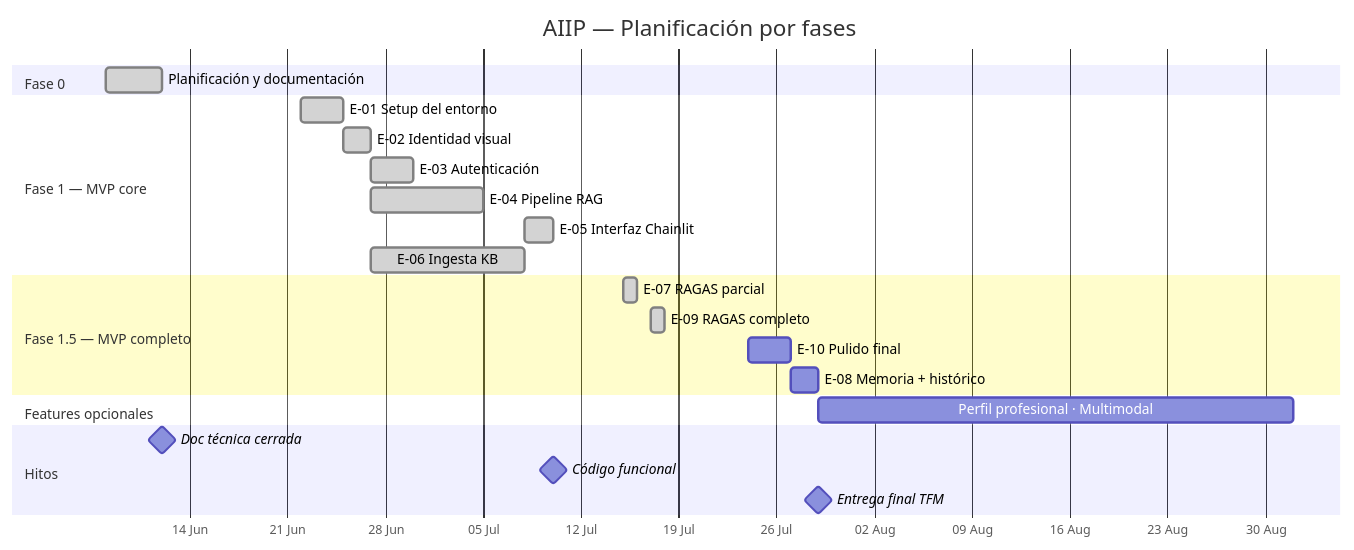
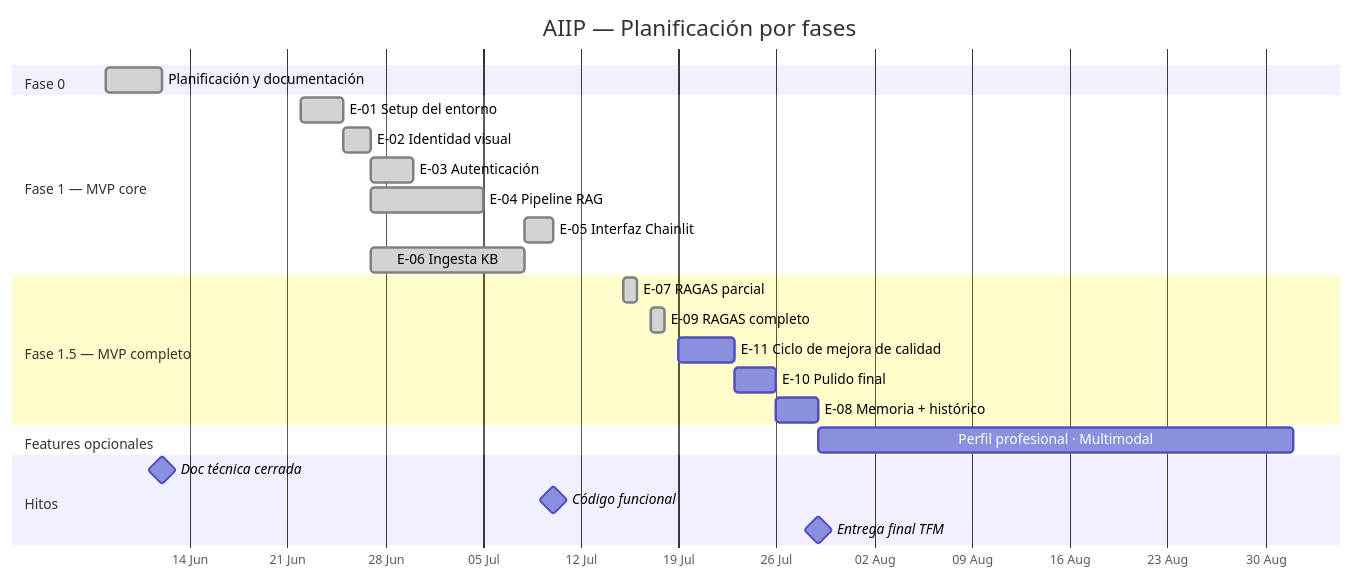
Before and after one commit to mimpho/aiip: the diagram in README.md, drawn with Mermaid. The commit also changed other lines of this file and 4 other files, not shown here.

````diff
--- a/README.md
+++ b/README.md
@@ -65,31 +66,32 @@
 ```mermaid
 gantt
     title AIIP — Planificación por fases
     dateFormat  YYYY-MM-DD
     axisFormat  %d %b
 
     section Fase 0
     Planificación y documentación     :done,    f0, 2026-06-08, 2026-06-12
 
     section Fase 1 — MVP core
     E-01 Setup del entorno            :done,    e01, 2026-06-22, 2026-06-25
     E-02 Identidad visual             :done,    e02, 2026-06-25, 2026-06-27
     E-03 Autenticación                :done,    e03, 2026-06-27, 2026-06-30
     E-04 Pipeline RAG                 :done,    e04, 2026-06-27, 2026-07-05
     E-05 Interfaz Chainlit            :done,    e05, 2026-07-08, 2026-07-10
     E-06 Ingesta KB                   :done,    e06, 2026-06-27, 2026-07-08
 
     section Fase 1.5 — MVP completo
     E-07 RAGAS parcial                :done,    e07, 2026-07-15, 2026-07-16
     E-09 RAGAS completo                :done,    e09, 2026-07-17, 2026-07-18
-    E-10 Pulido final                 :         e10, 2026-07-24, 2026-07-27
-    E-08 Memoria + histórico          :         e08, 2026-07-27, 2026-07-29
+    E-11 Ciclo de mejora de calidad   :         e11, 2026-07-19, 2026-07-23
+    E-10 Pulido final                 :         e10, 2026-07-23, 2026-07-26
+    E-08 Memoria + histórico          :         e08, 2026-07-26, 2026-07-29
 
     section Features opcionales
     Perfil profesional · Multimodal   :         fo, 2026-07-29, 2026-09-01
 
     section Hitos
     Doc técnica cerrada               :milestone, 2026-06-12, 0d
     Código funcional                  :milestone, 2026-07-10, 0d
     Entrega final TFM                 :milestone, 2026-07-29, 0d
 ```
````
